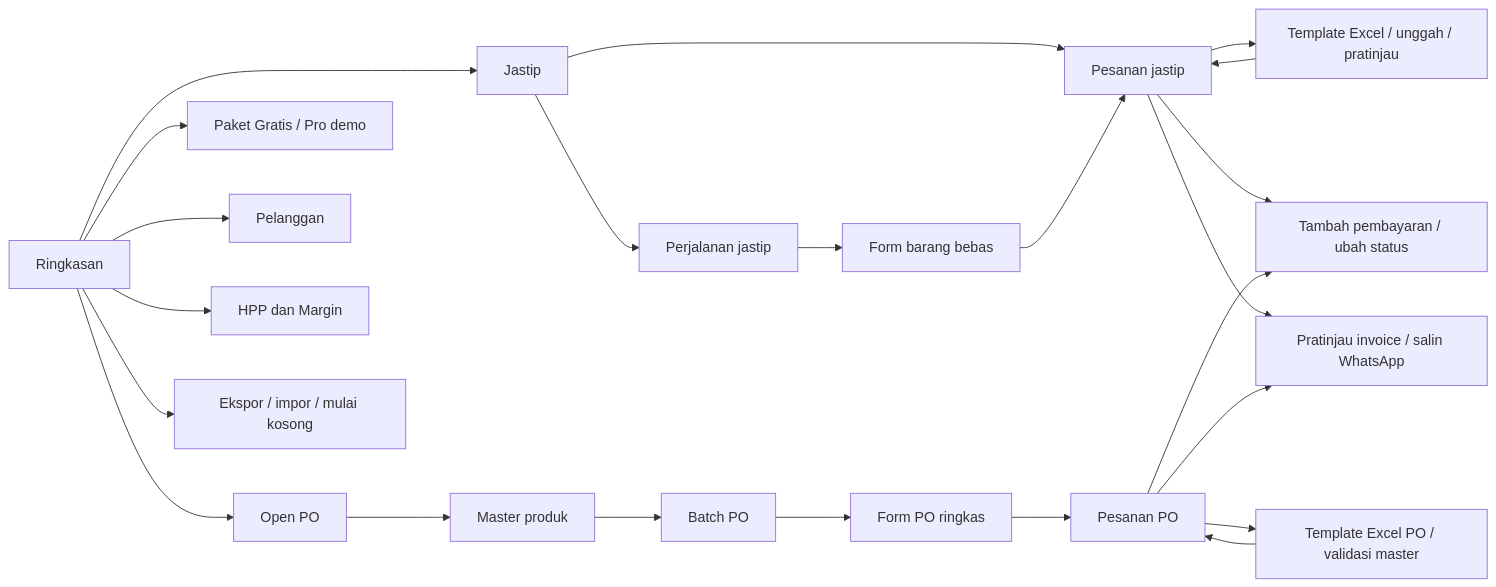
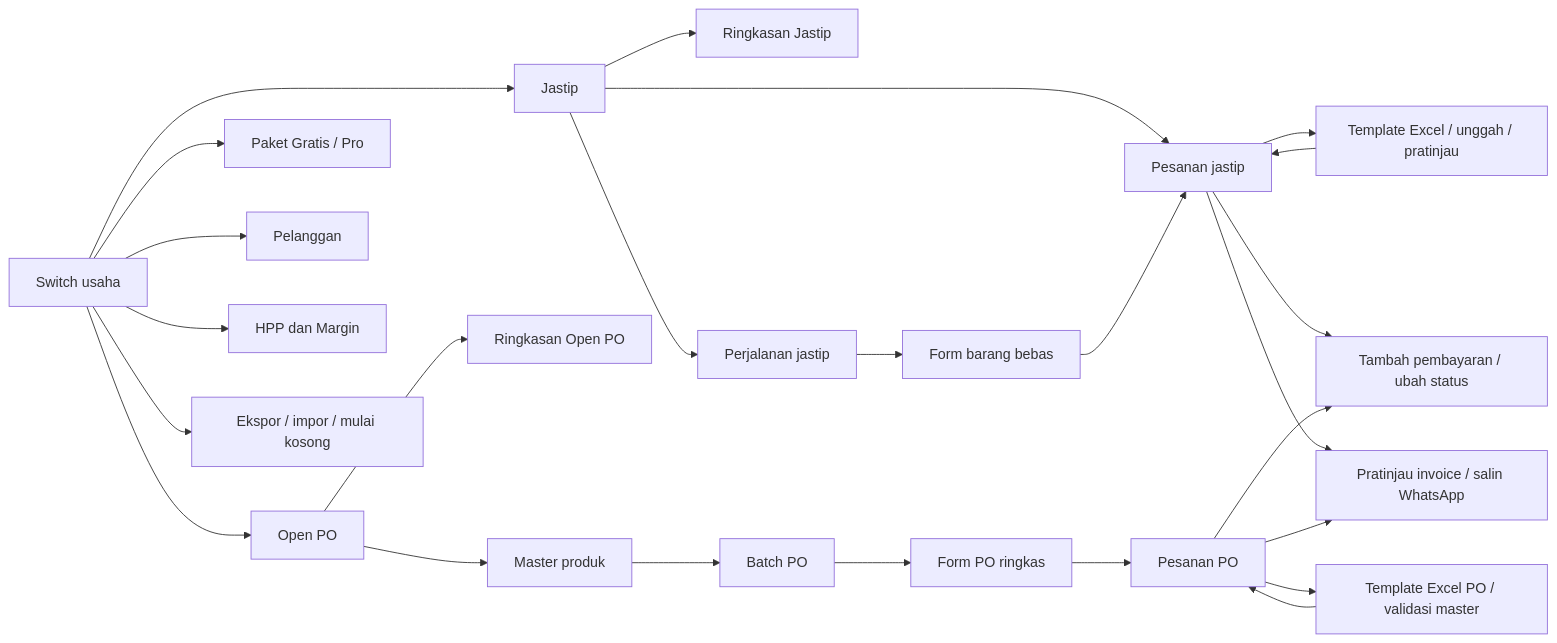
The diagram in docs/PRD.md (softwaregoam/Tippo), drawn with Mermaid before and after one commit. The commit also changed other lines of this file and 29 other files, not shown here.

Commit message:
Separate Jastip and Open PO with a persistent business switch

````diff
--- a/docs/PRD.md
+++ b/docs/PRD.md
@@ -162,25 +162,27 @@
 ```mermaid
 flowchart LR
-    D[Ringkasan] --> J[Jastip]
+    D[Switch usaha] --> J[Jastip]
+    J --> RJ[Ringkasan Jastip]
     J --> T[Perjalanan jastip]
     T --> FJ[Form barang bebas]
     J --> OJ[Pesanan jastip]
     FJ --> OJ
     OJ --> IJ[Template Excel / unggah / pratinjau]
     IJ --> OJ
     D --> PO[Open PO]
+    PO --> RP[Ringkasan Open PO]
     PO --> M[Master produk]
     M --> B[Batch PO]
     B --> FP[Form PO ringkas]
     FP --> OP[Pesanan PO]
     OP --> IP[Template Excel PO / validasi master]
     IP --> OP
     OJ --> P[Tambah pembayaran / ubah status]
     OP --> P
     OJ --> I[Pratinjau invoice / salin WhatsApp]
     OP --> I
-    D --> S[Paket Gratis / Pro demo]
+    D --> S[Paket Gratis / Pro]
     D --> K[Pelanggan]
     D --> H[HPP dan Margin]
     D --> E[Ekspor / impor / mulai kosong]
 ```
````
